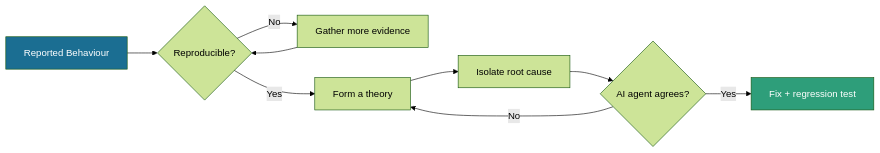
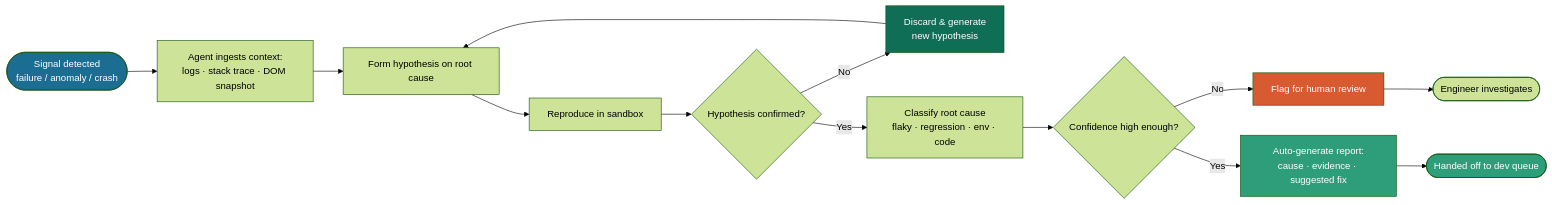
The diagram in README.md (beinghumantester/beinghumantester), drawn with Mermaid (forest theme) before and after one commit. The commit also changed other lines of this file, not shown here.

Commit message:
Revise 'About Me' and 'How I Investigate a Bug' sections
Updated sections in README.md to reflect new AI agent investigation process and added details about the project.

````diff
--- a/README.md
+++ b/README.md
@@ -41,13 +43,21 @@
 ```mermaid
 flowchart LR
-    A[Reported Behaviour] --> B{Reproducible?}
-    B -- No --> C[Gather more evidence]
-    C --> B
-    B -- Yes --> D[Form a theory]
-    D --> E[Isolate root cause]
-    E --> F{AI agent agrees?}
-    F -- No --> D
-    F -- Yes --> G[Fix + regression test]
+    A(["Signal detected<br/>failure / anomaly / crash"]) --> B["Agent ingests context:<br/>logs · stack trace · DOM snapshot"]
+    B --> C["Form hypothesis on root cause"]
+    C --> D["Reproduce in sandbox"]
+    D --> E{"Hypothesis confirmed?"}
+    E -- No --> F["Discard & generate<br/>new hypothesis"]
+    F --> C
+    E -- Yes --> G["Classify root cause<br/>flaky · regression · env · code"]
+    G --> H{"Confidence high enough?"}
+    H -- No --> I["Flag for human review"]
+    I --> J(["Engineer investigates"])
+    H -- Yes --> K["Auto-generate report:<br/>cause · evidence · suggested fix"]
+    K --> L(["Handed off to dev queue"])
+
     style A fill:#1B6E92,color:#fff
-    style G fill:#2E9E7A,color:#fff
+    style F fill:#0F6E56,color:#fff
+    style I fill:#D85A30,color:#fff
+    style K fill:#2E9E7A,color:#fff
+    style L fill:#2E9E7A,color:#fff
 ```
````
